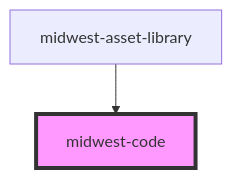
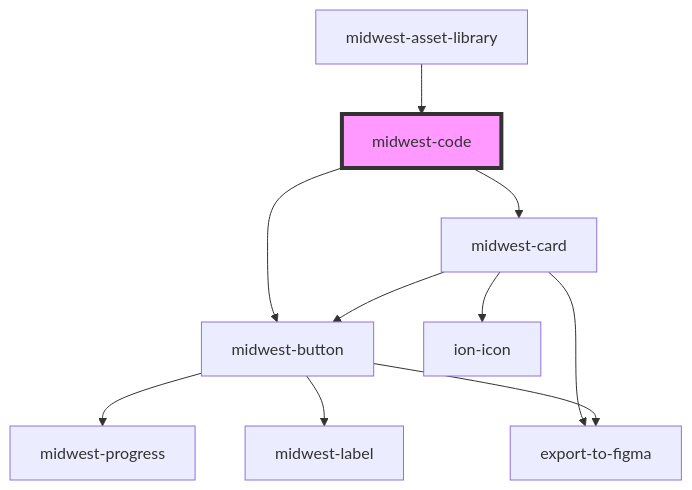
Before and after one commit to splitinfinities/Midwest: the diagram in packages/helpers/docs/components/code/readme.md, drawn with Mermaid. The commit also changed other lines of this file and 14 other files, not shown here.

````diff
--- a/packages/helpers/docs/components/code/readme.md
+++ b/packages/helpers/docs/components/code/readme.md
@@ -73,5 +78,13 @@
 ```mermaid
 graph TD;
+  midwest-code --> midwest-card
+  midwest-code --> midwest-button
+  midwest-card --> midwest-button
+  midwest-card --> ion-icon
+  midwest-card --> export-to-figma
+  midwest-button --> midwest-progress
+  midwest-button --> midwest-label
+  midwest-button --> export-to-figma
   midwest-asset-library --> midwest-code
   style midwest-code fill:#f9f,stroke:#333,stroke-width:4px
 ```
````
